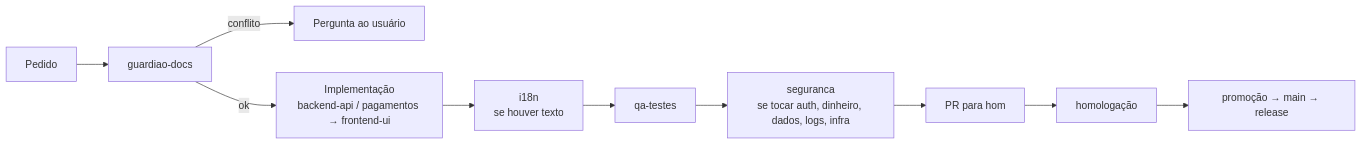
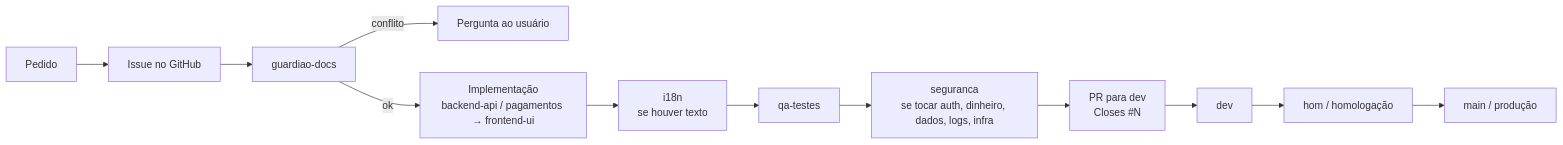
One commit to abeeyh/shop changed the first of 2 diagrams in docs/12-agentes.md. Above: the diagram before and after it, drawn with Mermaid. The commit also changed other lines of this file and 16 other files, not shown here.

First line of the commit message:
docs: adotar fluxo dev → hom → main com tarefa por issue (#32)

````diff
--- a/docs/12-agentes.md
+++ b/docs/12-agentes.md
@@ -23,11 +23,12 @@
 ```mermaid
 flowchart LR
-  P[Pedido] --> G[guardiao-docs]
+  P[Pedido] --> IS[Issue no GitHub]
+  IS --> G[guardiao-docs]
   G -- conflito --> U[Pergunta ao usuário]
   G -- ok --> I[Implementação<br/>backend-api / pagamentos → frontend-ui]
   I --> T[i18n<br/>se houver texto]
   T --> Q[qa-testes]
   Q --> S[seguranca<br/>se tocar auth, dinheiro, dados, logs, infra]
-  S --> PR[PR para hom]
-  PR --> H[homologação] --> M[promoção → main → release]
+  S --> PR[PR para dev<br/>Closes #N]
+  PR --> D[dev] --> H[hom / homologação] --> M[main / produção]
 ```
````
